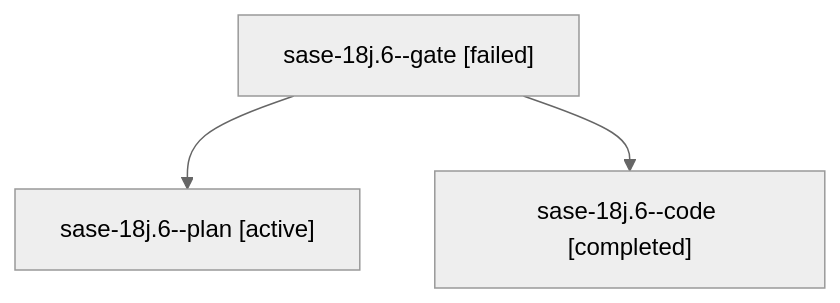
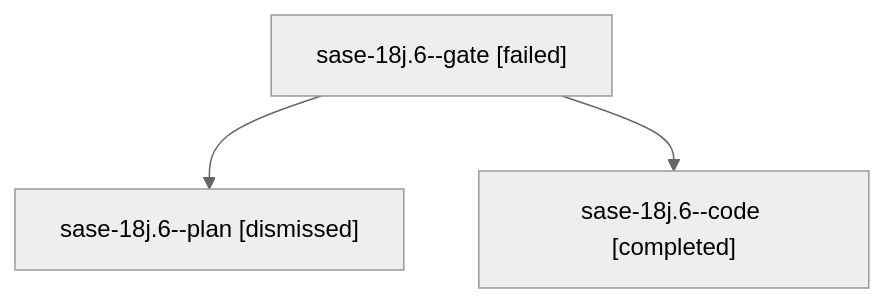
One commit to sase-org/sase--agents changed the diagram in sessions/bbugyi200.athena.sase-18j.6.md. Above: the diagram before and after it, drawn with Mermaid (neutral theme). The commit also changed other lines of this file and 99 other files, not shown here.

````diff
--- a/sessions/bbugyi200.athena.sase-18j.6.md
+++ b/sessions/bbugyi200.athena.sase-18j.6.md
@@ -9,8 +9,8 @@
 ```mermaid
 flowchart TD
   n0["sase-18j.6--gate [failed]"]
-  n1["sase-18j.6--plan [active]"]
+  n1["sase-18j.6--plan [dismissed]"]
   n0 --> n1
   n2["sase-18j.6--code [completed]"]
   n0 --> n2
 ```
````
